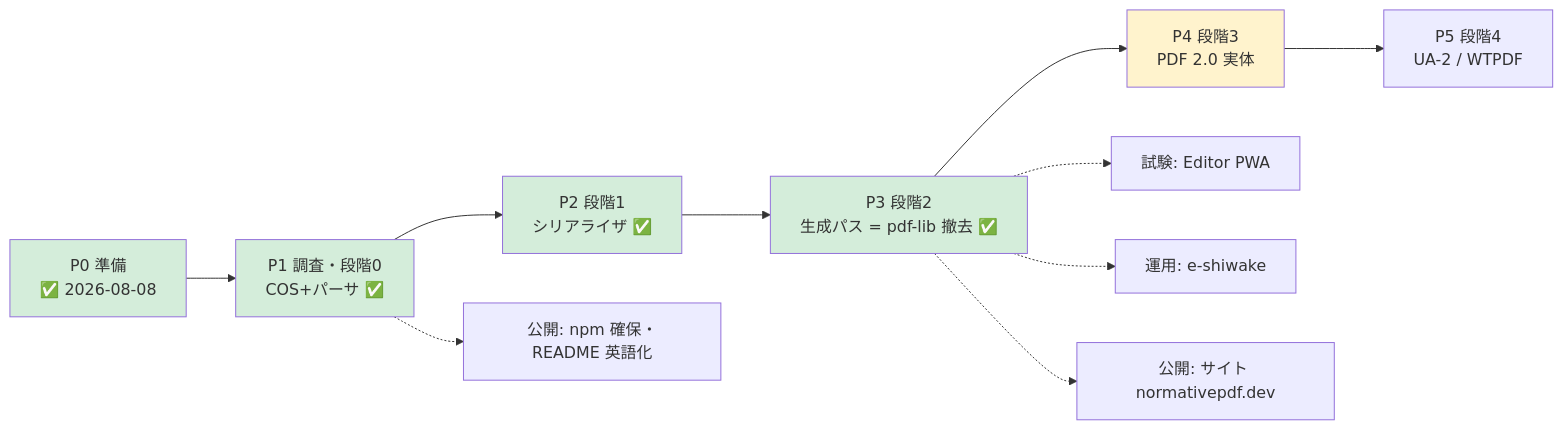
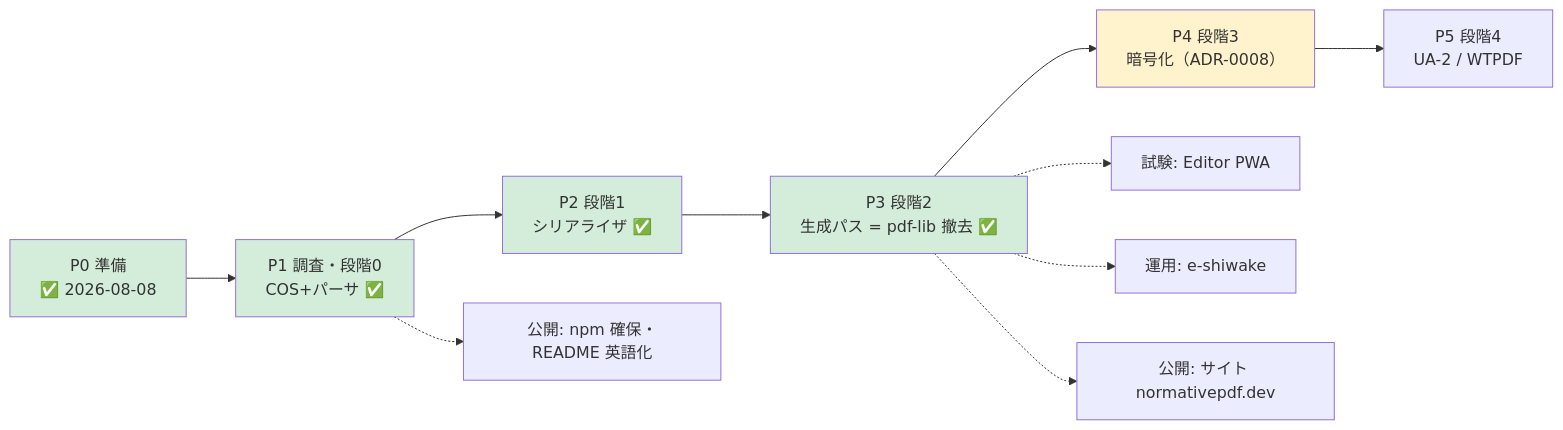
Before and after one commit to shuji-bonji/normativepdf: the diagram in docs/ROADMAP.md, drawn with Mermaid. The commit also changed other lines of this file and 4 other files, not shown here.

````diff
--- a/docs/ROADMAP.md
+++ b/docs/ROADMAP.md
@@ -13,17 +13,17 @@
 ```mermaid
 flowchart LR
     P0["P0 準備<br/>✅ 2026-08-08"] --> P1["P1 調査・段階0<br/>COS+パーサ ✅"]
     P1 --> P2["P2 段階1<br/>シリアライザ ✅"]
     P2 --> P3["P3 段階2<br/>生成パス = pdf-lib 撤去 ✅"]
-    P3 --> P4["P4 段階3<br/>PDF 2.0 実体"]
+    P3 --> P4["P4 段階3<br/>暗号化（ADR-0008）"]
     P4 --> P5["P5 段階4<br/>UA-2 / WTPDF"]
     P3 -.-> T1["試験: Editor PWA"]
     P3 -.-> T2["運用: e-shiwake"]
     P1 -.-> R1["公開: npm 確保・README 英語化"]
     P3 -.-> R2["公開: サイト normativepdf.dev"]
     style P0 fill:#d4edda
     style P1 fill:#d4edda
     style P2 fill:#d4edda
     style P3 fill:#d4edda
     style P4 fill:#fff3cd
 ```
````
